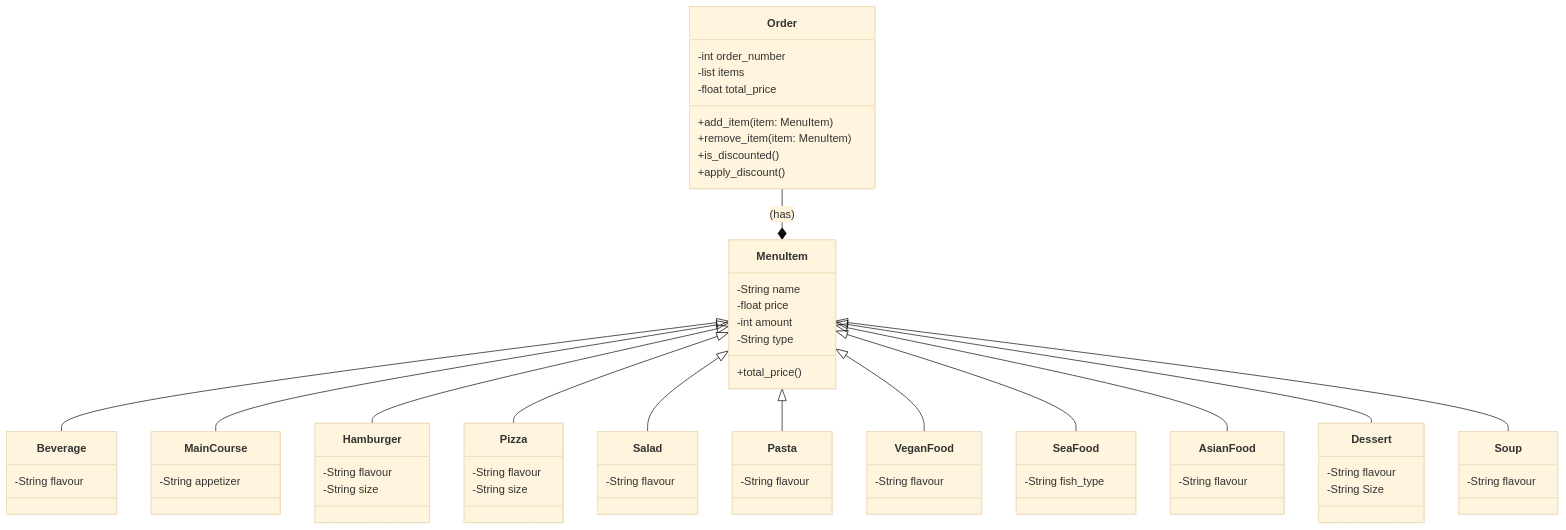
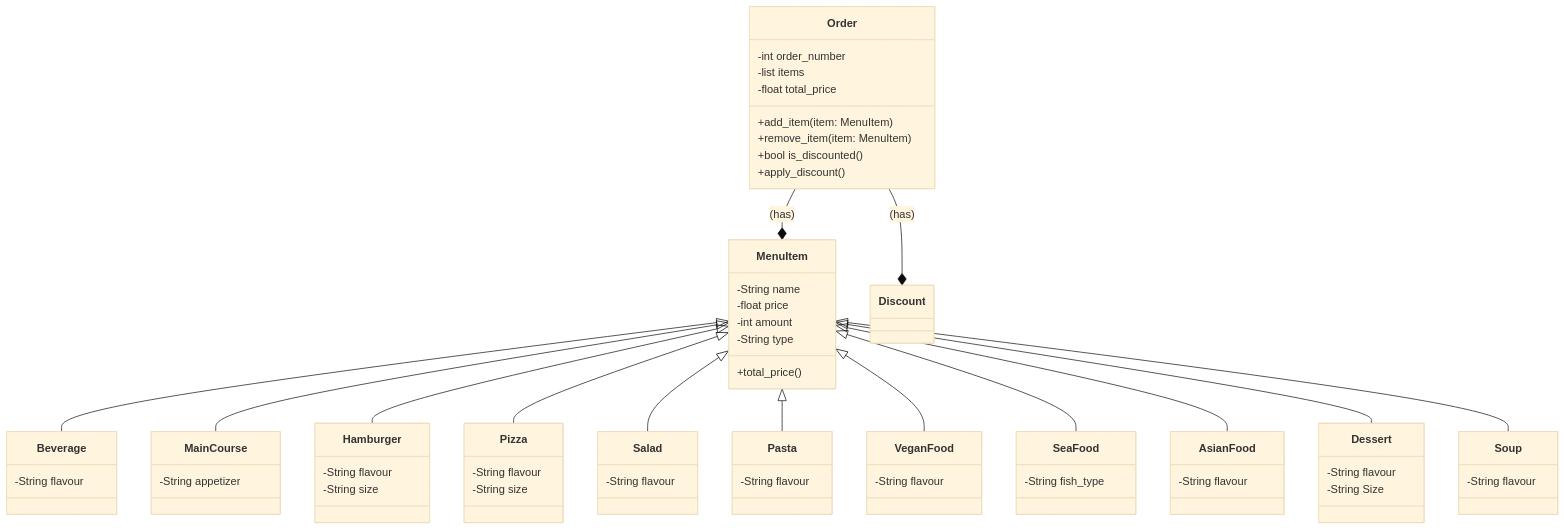
One commit to Jimeeee06/reto_3 changed the diagram in 3. diagrama_restaurante.md. Above: the diagram before and after it, drawn with Mermaid (base theme).

Commit message:
Update 3. diagrama_restaurante.md

````diff
--- a/3. diagrama_restaurante.md
+++ b/3. diagrama_restaurante.md
@@ -2,81 +2,82 @@
 ```mermaid
 classDiagram
     direction TB
     class MenuItem {
 	    -String name
 	    -float price
 	    -int amount
 	    -String type
 	    +total_price()
     }
 
     class Beverage {
 	    -String flavour
     }
 
     class MainCourse {
 	    -String appetizer
     }
 
     class Hamburger {
 	    -String flavour
 	    -String size
     }
 
     class Pizza {
 	    -String flavour
 	    -String size
     }
 
     class Salad {
 	    -String flavour
     }
 
     class Pasta {
 	    -String flavour
     }
 
     class VeganFood {
 	    -String flavour
     }
 
     class SeaFood {
         -String fish_type
     }
 
     class AsianFood {
         -String flavour
     }
 
     class Dessert {
 	    -String flavour
 	    -String Size
     }
 
     class Soup {
 	    -String flavour
     }
 
     class Order {
         -int order_number
         -list items
         -float total_price
         +add_item( item: MenuItem )
         +remove_item( item: MenuItem )
-        +is_discounted()
+        +bool is_discounted()
         +apply_discount()
     }
 
     MenuItem <|-- Beverage
     MenuItem <|-- MainCourse
     MenuItem <|-- Hamburger
     MenuItem <|-- Pizza
     MenuItem <|-- Salad
     MenuItem <|-- Pasta
     MenuItem <|-- VeganFood
     MenuItem <|-- SeaFood
     MenuItem <|-- AsianFood
     MenuItem <|-- Dessert
     MenuItem <|-- Soup
     Order --* MenuItem: (has)
+    Order --* Discount: (has)
 ```
````
